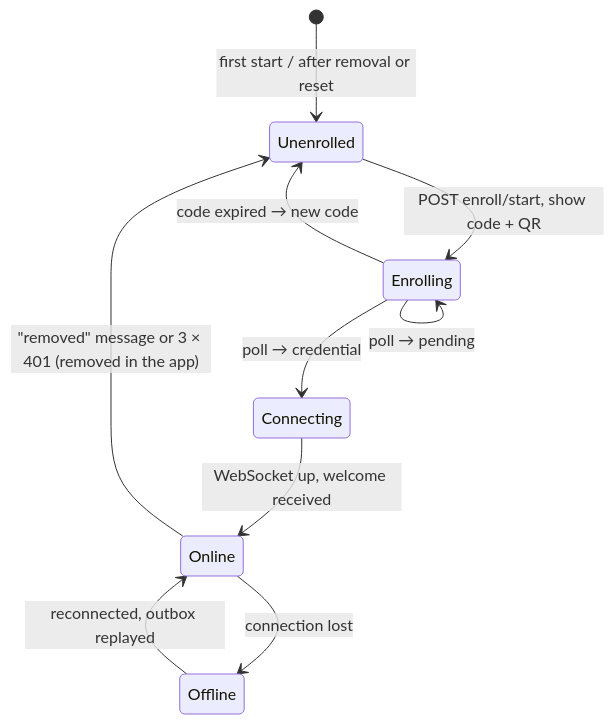
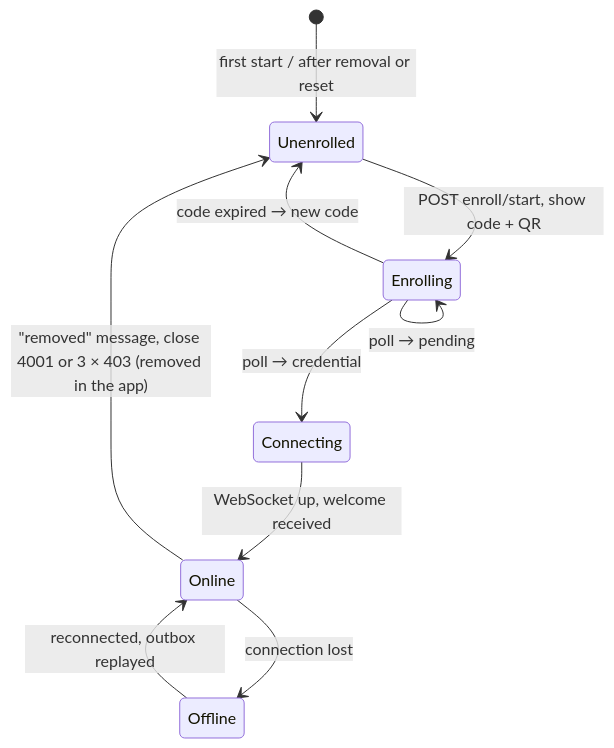
One commit to Hansom17/MoistureController changed the second of 2 diagrams in gateway/Gateway_Specs.md. Above: the diagram before and after it, drawn with Mermaid. The commit also changed 39 other files, not shown here.

````diff
--- a/gateway/Gateway_Specs.md
+++ b/gateway/Gateway_Specs.md
@@ -71,12 +71,12 @@
 ```mermaid
 stateDiagram-v2
     [*] --> Unenrolled: first start / after removal or reset
     Unenrolled --> Enrolling: POST enroll/start, show code + QR
     Enrolling --> Enrolling: poll → pending
     Enrolling --> Unenrolled: code expired → new code
     Enrolling --> Connecting: poll → credential
     Connecting --> Online: WebSocket up, welcome received
     Online --> Offline: connection lost
     Offline --> Online: reconnected, outbox replayed
-    Online --> Unenrolled: "removed" message or 3 × 401 (removed in the app)
+    Online --> Unenrolled: "removed" message, close 4001 or 3 × 403 (removed in the app)
 ```
````
